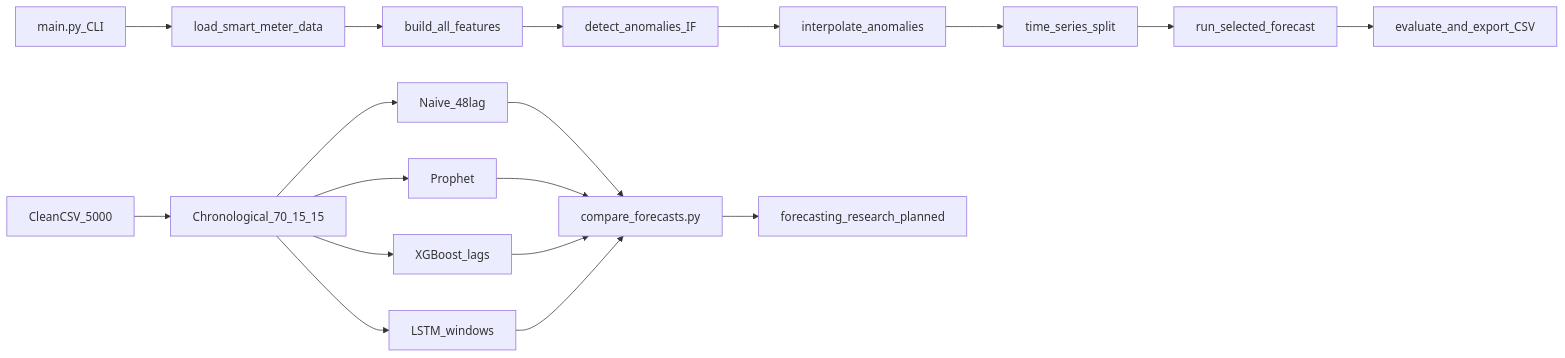
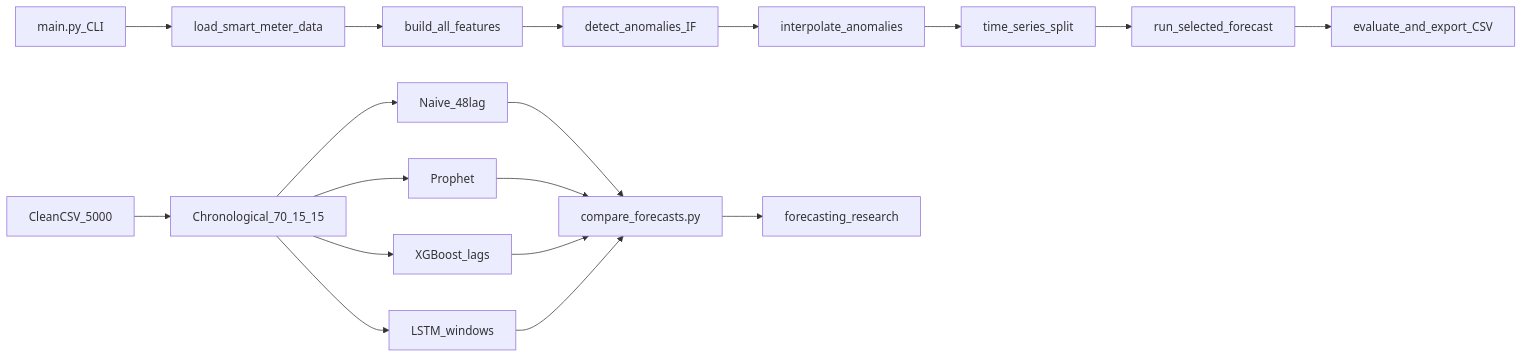
Before and after one commit to mj-weshh/energy-anomaly-forecasting: the diagram in docs/phase3-strategy.md, drawn with Mermaid. The commit also changed other lines of this file and 11 other files, not shown here.

Commit message:
docs: integrate forecasting research into MkDocs navigation

````diff
--- a/docs/phase3-strategy.md
+++ b/docs/phase3-strategy.md
@@ -155,20 +157,20 @@
 ```mermaid
 flowchart LR
   mainCli[main.py_CLI] --> ingest[load_smart_meter_data]
   ingest --> feats[build_all_features]
   feats --> detect[detect_anomalies_IF]
   detect --> cleanMem[interpolate_anomalies]
   cleanMem --> splitE2E[time_series_split]
   splitE2E --> route[run_selected_forecast]
   route --> evalExport[evaluate_and_export_CSV]
   clean[CleanCSV_5000] --> split[Chronological_70_15_15]
   split --> naive[Naive_48lag]
   split --> stats[Prophet]
   split --> xgb[XGBoost_lags]
   split --> lstm[LSTM_windows]
   naive --> compare[compare_forecasts.py]
   stats --> compare
   xgb --> compare
   lstm --> compare
-  compare --> research[forecasting_research_planned]
+  compare --> research[forecasting_research]
 ```
````
